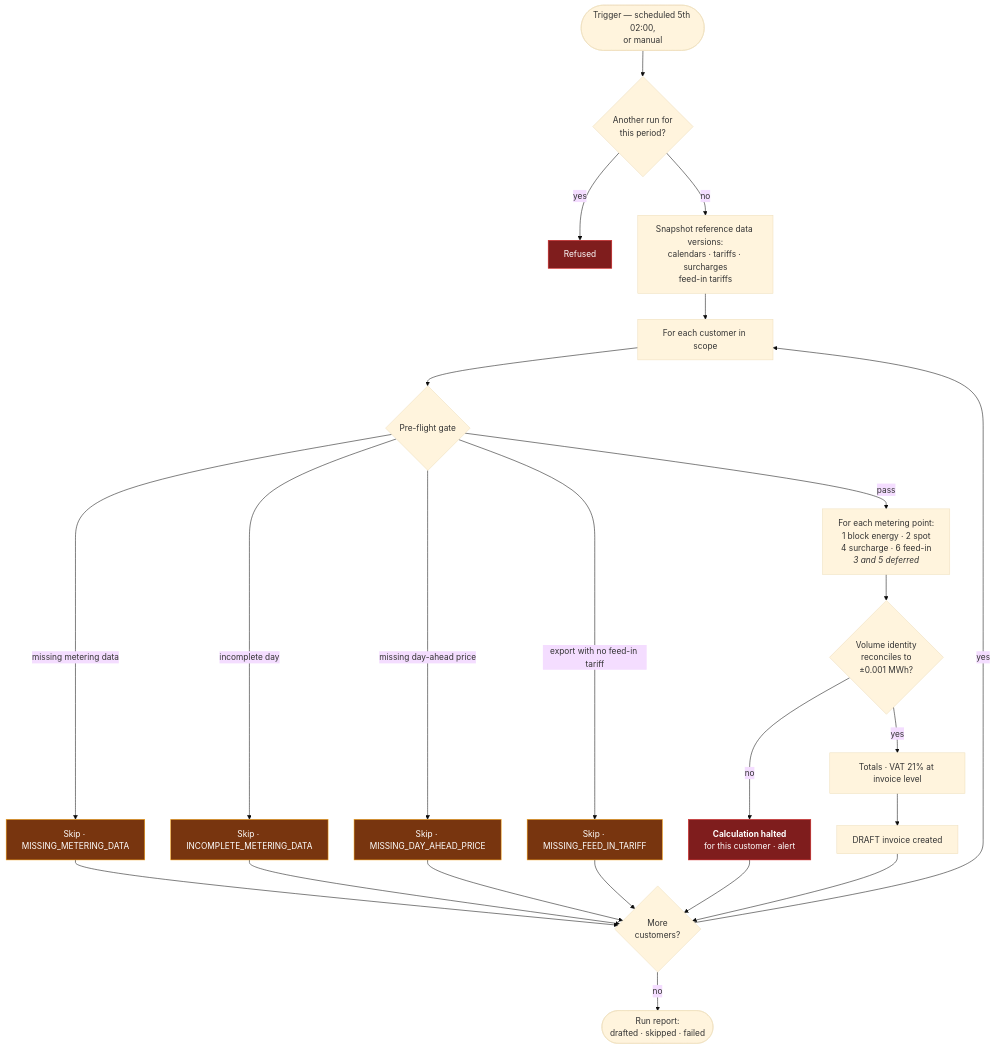
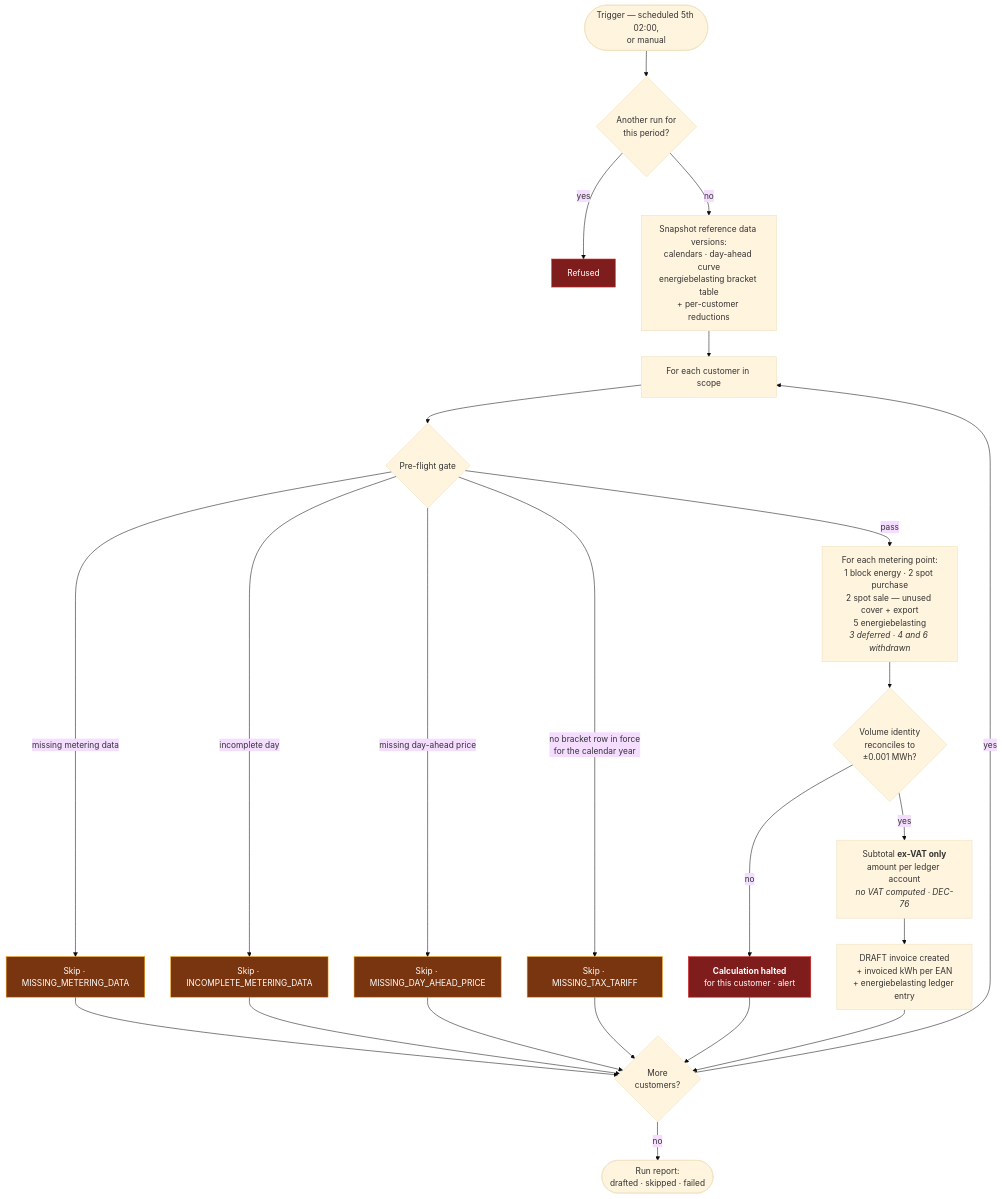
One commit to lukastosic-ifd/peakpowerspecs changed the second of 4 diagrams in specs/40-processes/04-monthly-invoicing.md. Above: the diagram before and after it, drawn with Mermaid (base theme). The commit also changed other lines of this file and 66 other files, not shown here.

````diff
--- a/specs/40-processes/04-monthly-invoicing.md
+++ b/specs/40-processes/04-monthly-invoicing.md
@@ -37,34 +87,34 @@
 ```mermaid
 flowchart TB
     T(["Trigger — scheduled 5th 02:00,<br/>or manual"]) --> LOCK{"Another run for<br/>this period?"}
     LOCK -->|yes| REFUSE["Refused"]
-    LOCK -->|no| SNAP["Snapshot reference data versions:<br/>calendars · tariffs · surcharges<br/>feed-in tariffs"]
+    LOCK -->|no| SNAP["Snapshot reference data versions:<br/>calendars · day-ahead curve<br/>energiebelasting bracket table<br/>+ per-customer reductions"]
     SNAP --> LOOP["For each customer in scope"]
 
     LOOP --> GATE{"Pre-flight gate"}
     GATE -->|"missing metering data"| SKIP1["Skip · MISSING_METERING_DATA"]
     GATE -->|"incomplete day"| SKIP2["Skip · INCOMPLETE_METERING_DATA"]
     GATE -->|"missing day-ahead price"| SKIP3["Skip · MISSING_DAY_AHEAD_PRICE"]
-    GATE -->|"export with no feed-in tariff"| SKIP4["Skip · MISSING_FEED_IN_TARIFF"]
+    GATE -->|"no bracket row in force<br/>for the calendar year"| SKIP4["Skip · MISSING_TAX_TARIFF"]
     GATE -->|pass| CALC
 
-    CALC["For each metering point:<br/>1 block energy · 2 spot<br/>4 surcharge · 6 feed-in<br/><i>3 and 5 deferred</i>"]
+    CALC["For each metering point:<br/>1 block energy · 2 spot purchase<br/>2 spot sale — unused cover + export<br/>5 energiebelasting<br/><i>3 deferred · 4 and 6 withdrawn</i>"]
     CALC --> IDENT{"Volume identity<br/>reconciles to<br/>±0.001 MWh?"}
     IDENT -->|no| ERR["<b>Calculation halted</b><br/>for this customer · alert"]
-    IDENT -->|yes| TOT["Totals · VAT 21% at invoice level"]
-    TOT --> DRAFT["DRAFT invoice created"]
+    IDENT -->|yes| TOT["Subtotal <b>ex-VAT only</b><br/>amount per ledger account<br/><i>no VAT computed · DEC-76</i>"]
+    TOT --> DRAFT["DRAFT invoice created<br/>+ invoiced kWh per EAN<br/>+ energiebelasting ledger entry"]
 
     DRAFT --> NEXT{"More<br/>customers?"}
     SKIP1 --> NEXT
     SKIP2 --> NEXT
     SKIP3 --> NEXT
     SKIP4 --> NEXT
     ERR --> NEXT
     NEXT -->|yes| LOOP
     NEXT -->|no| REPORT(["Run report:<br/>drafted · skipped · failed"])
 
     classDef bad fill:#7f1d1d,stroke:#dc2626,color:#fff
     classDef warn fill:#78350f,stroke:#f59e0b,color:#fff
     class ERR,REFUSE bad
     class SKIP1,SKIP2,SKIP3,SKIP4 warn
 ```
````
